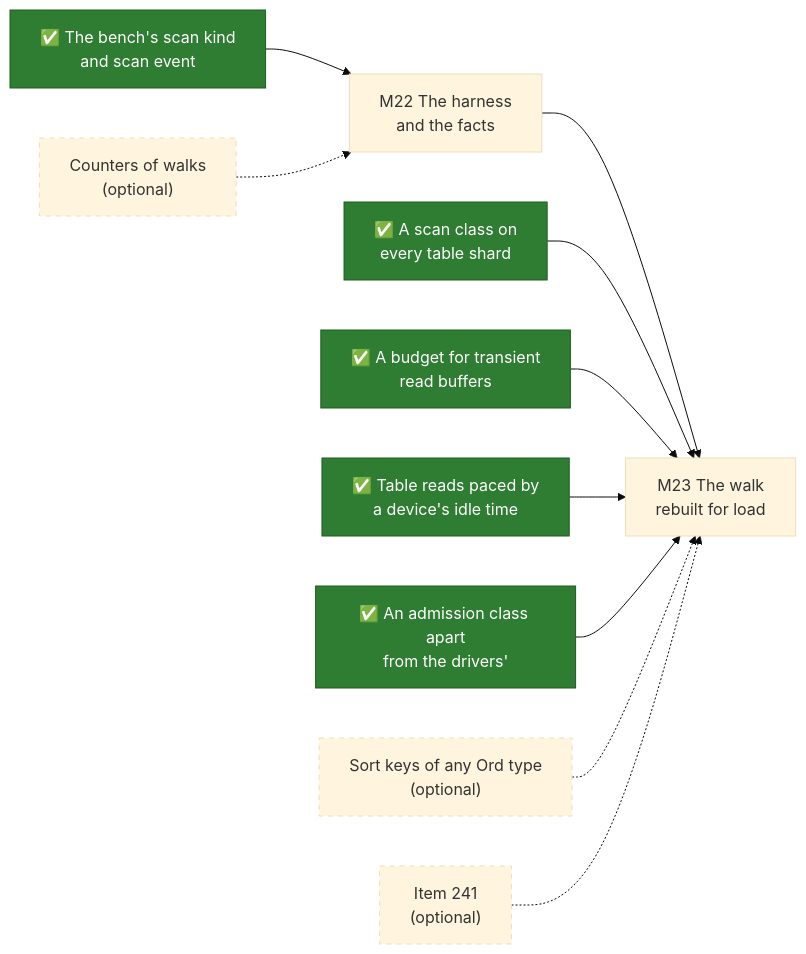
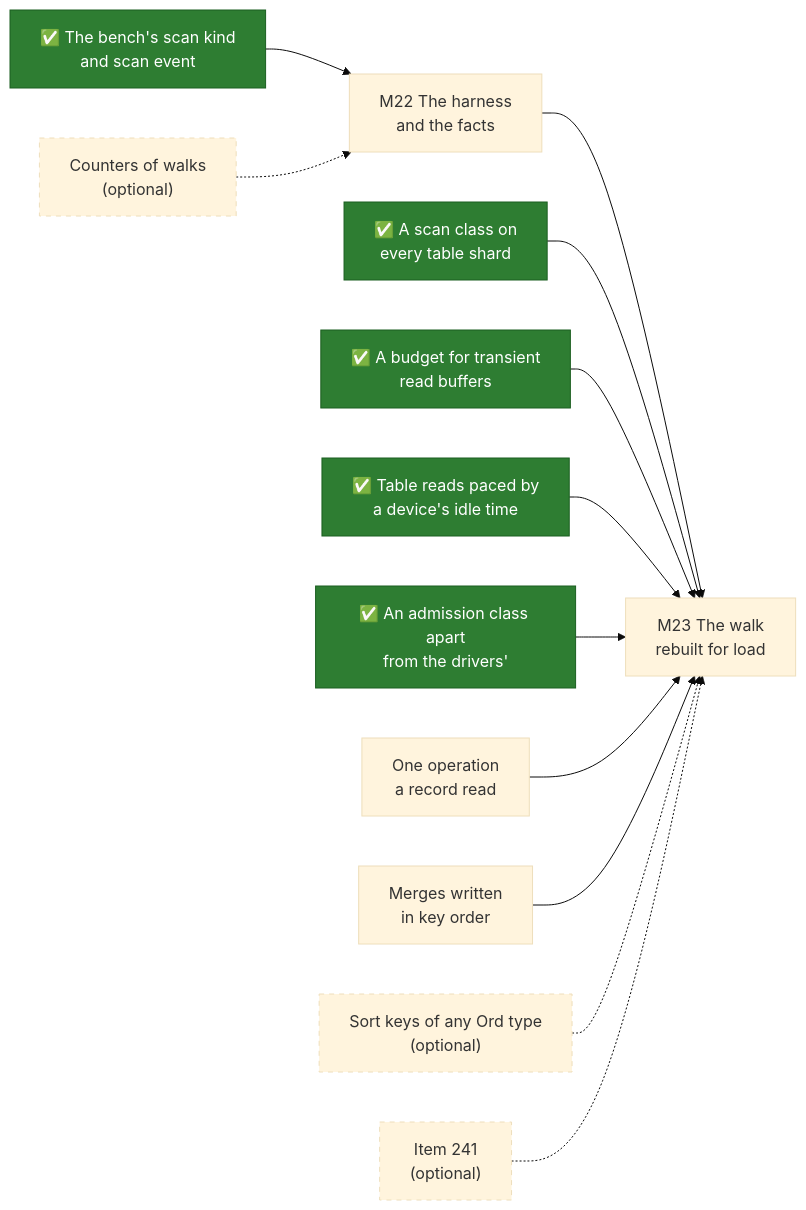
The diagram in docs/src/future-work/scans/prerequisites.md (mjcarson/shoal), drawn with Mermaid (base theme) before and after one commit. The commit also changed other lines of this file and 22 other files, not shown here.

````diff
--- a/docs/src/future-work/scans/prerequisites.md
+++ b/docs/src/future-work/scans/prerequisites.md
@@ -214,24 +264,28 @@
 ```mermaid
 flowchart LR
     classDef done fill:#2e7d32,stroke:#1b5e20,color:#ffffff
     classDef optional stroke-dasharray: 5 5
     Bench["✅ The bench's scan kind<br>and scan event"]:::done
     Class["✅ A scan class on<br>every table shard"]:::done
     Budget["✅ A budget for transient<br>read buffers"]:::done
     Pace["✅ Table reads paced by<br>a device's idle time"]:::done
     Admit["✅ An admission class apart<br>from the drivers'"]:::done
+    Read1["One operation<br>a record read"]
+    Sorted["Merges written<br>in key order"]
     Counters["Counters of walks<br>(optional)"]:::optional
     SortKeys["Sort keys of any Ord type<br>(optional)"]:::optional
     I241["Item 241<br>(optional)"]:::optional
     M22["M22 The harness<br>and the facts"]
     M23["M23 The walk<br>rebuilt for load"]
     Bench --> M22
     M22 --> M23
     Class --> M23
     Budget --> M23
     Pace --> M23
     Admit --> M23
+    Read1 --> M23
+    Sorted --> M23
     Counters -.-> M22
     SortKeys -.-> M23
     I241 -.-> M23
 ```
````
